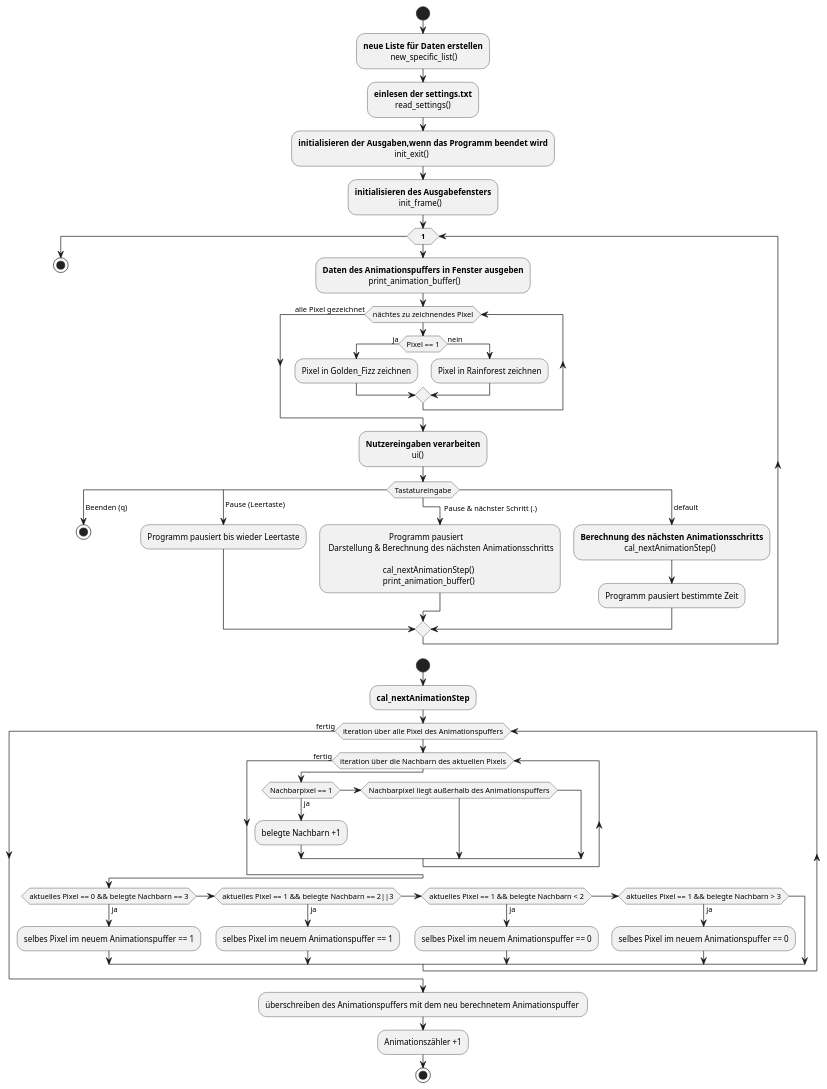
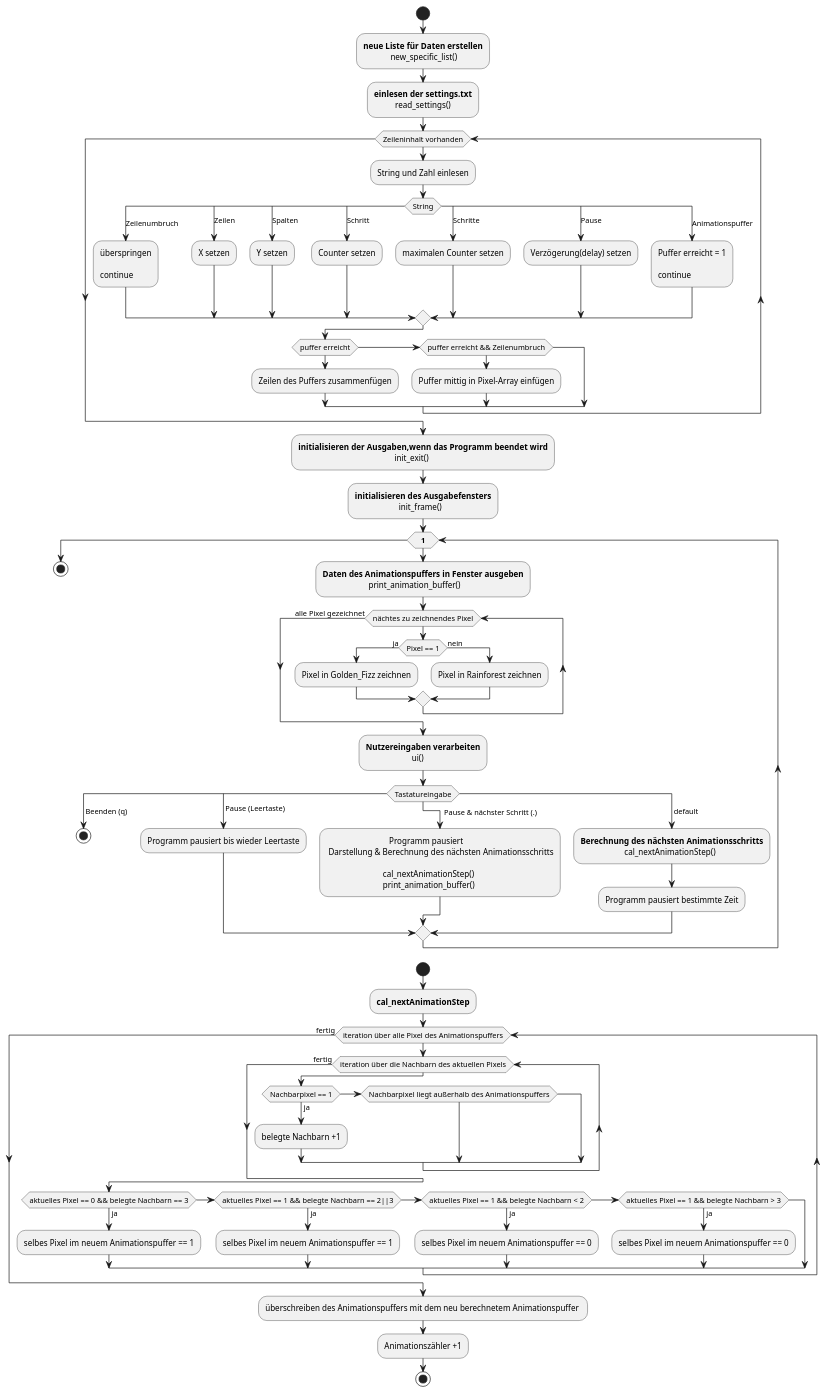
The diagram in Protokoll/Aktivitätsdiagramm.puml (duha887b/MRT1_V3_Animation), drawn with PlantUML before and after one commit.

Commit message:
read_settinngs uml

```diff
--- a/Protokoll/Aktivitätsdiagramm.puml
+++ b/Protokoll/Aktivitätsdiagramm.puml
@@ -1,79 +1,108 @@
 @startuml
 'https://plantuml.com/activity-diagram-beta
 
 start
 
 :**neue Liste für Daten erstellen**
              new_specific_list();
 :**einlesen der settings.txt**
           read_settings();
+while(Zeileninhalt vorhanden)
+:String und Zahl einlesen;
+switch(String)
+    case (Zeilenumbruch)
+    :überspringen
+
+    continue;
+    case (Zeilen)
+    :X setzen;
+    case (Spalten)
+    :Y setzen;
+    case (Schritt)
+    :Counter setzen;
+    case (Schritte)
+    :maximalen Counter setzen;
+    case (Pause)
+    :Verzögerung(delay) setzen;
+    case (Animationspuffer)
+    :Puffer erreicht = 1
+    
+    continue;
+endswitch
+if (puffer erreicht)
+:Zeilen des Puffers zusammenfügen; 
+else if (puffer erreicht && Zeilenumbruch)
+:Puffer mittig in Pixel-Array einfügen; 
+endif
+endwhile
+
 :**initialisieren der Ausgaben,wenn das Programm beendet wird**
                                               init_exit();
 :**initialisieren des Ausgabefensters**
                      init_frame();
 while (**1**)
 :**Daten des Animationspuffers in Fenster ausgeben**
                       print_animation_buffer();
 while(nächtes zu zeichnendes Pixel)
 
 if (Pixel == 1) then (ja)
   :Pixel in Golden_Fizz zeichnen;
   else (nein)
   :Pixel in Rainforest zeichnen;
 endif
 
 endwhile(alle Pixel gezeichnet)
 :**Nutzereingaben verarbeiten**
                       ui();
 
 switch (Tastatureingabe)
 case ( Beenden (q))
   stop
 case ( Pause (Leertaste))
   :Programm pausiert bis wieder Leertaste;
 case (           Pause & nächster Schritt (.) )
   :                              Programm pausiert
    Darstellung & Berechnung des nächsten Animationsschritts
 
                              cal_nextAnimationStep()
                              print_animation_buffer();
 
 case ( default)
   :**Berechnung des nächsten Animationsschritts**
                        cal_nextAnimationStep();
   :Programm pausiert bestimmte Zeit;
 
 
 endswitch
 
 endwhile;
 
 stop
 
 
 start
 :**cal_nextAnimationStep**;
 while(iteration über alle Pixel des Animationspuffers)
 while(iteration über die Nachbarn des aktuellen Pixels)
 if(Nachbarpixel == 1) then(ja)
 :belegte Nachbarn +1;
 elseif(Nachbarpixel liegt außerhalb des Animationspuffers)
 endif
 endwhile(fertig)
 if(aktuelles Pixel == 0 && belegte Nachbarn == 3)then(ja)
 :selbes Pixel im neuem Animationspuffer == 1;
 elseif(aktuelles Pixel == 1 && belegte Nachbarn == 2||3)then(ja)
 :selbes Pixel im neuem Animationspuffer == 1;
 elseif(aktuelles Pixel == 1 && belegte Nachbarn < 2)then(ja)
 :selbes Pixel im neuem Animationspuffer == 0;
 elseif(aktuelles Pixel == 1 && belegte Nachbarn > 3)then(ja)
 :selbes Pixel im neuem Animationspuffer == 0;
 endif
 
 endwhile(fertig)
 :überschreiben des Animationspuffers mit dem neu berechnetem Animationspuffer ;
 :Animationszähler +1;
 stop
 
 
 @enduml
```
